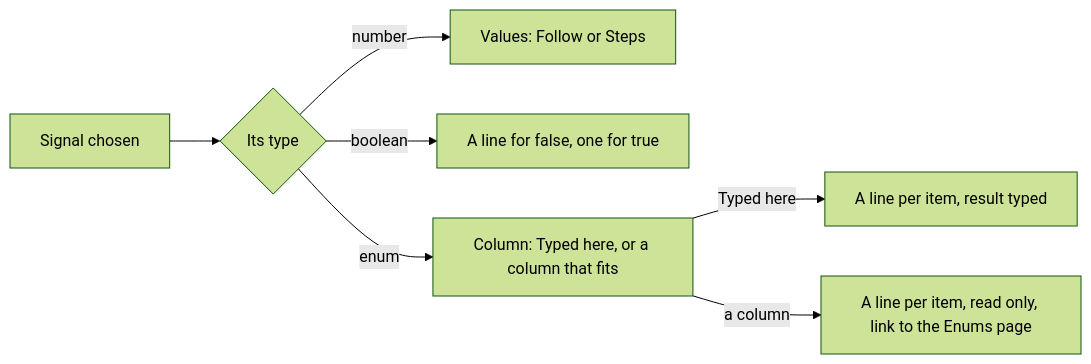
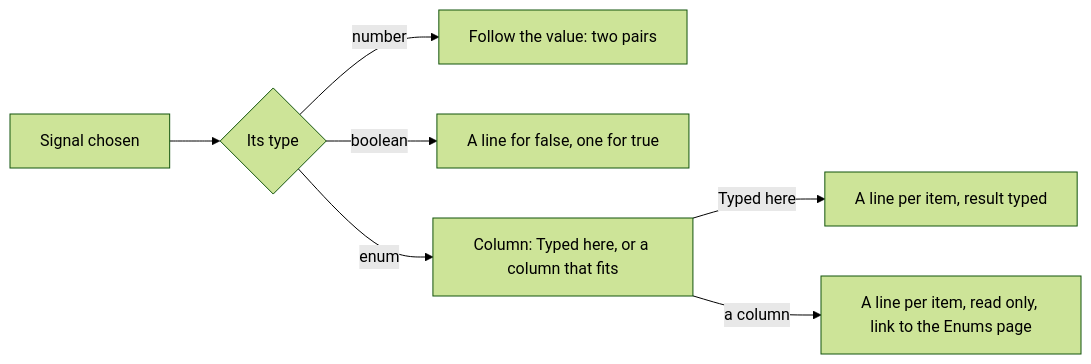
Before and after one commit to AlexandreGallais/synoptic-studio-spec: the second of 5 diagrams in symbols/08-animation-mode/README.md, drawn with Mermaid (forest theme). The commit also changed other lines of this file and 2 other files, not shown here.

First line of the commit message:
docs(animation): follow only for numbers and settle the enum column

````diff
--- a/symbols/08-animation-mode/README.md
+++ b/symbols/08-animation-mode/README.md
@@ -58,9 +58,9 @@
 ```mermaid
 flowchart LR
     S["Signal chosen"] --> T{"Its type"}
-    T -->|"number"| N["Values: Follow or Steps"]
+    T -->|"number"| N["Follow the value: two pairs"]
     T -->|"boolean"| B["A line for false, one for true"]
     T -->|"enum"| E["Column: Typed here, or a column that fits"]
     E -->|"Typed here"| E1["A line per item, result typed"]
     E -->|"a column"| E2["A line per item, read only, link to the Enums page"]
 ```
````
